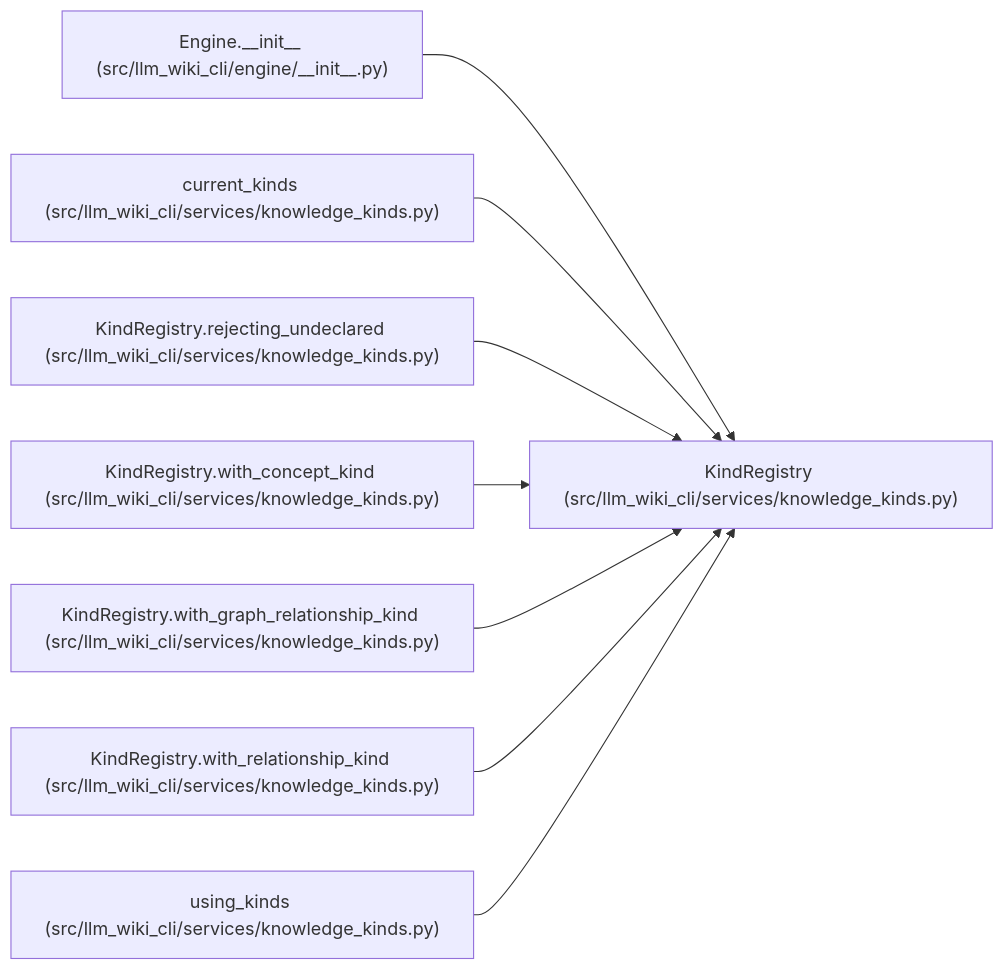
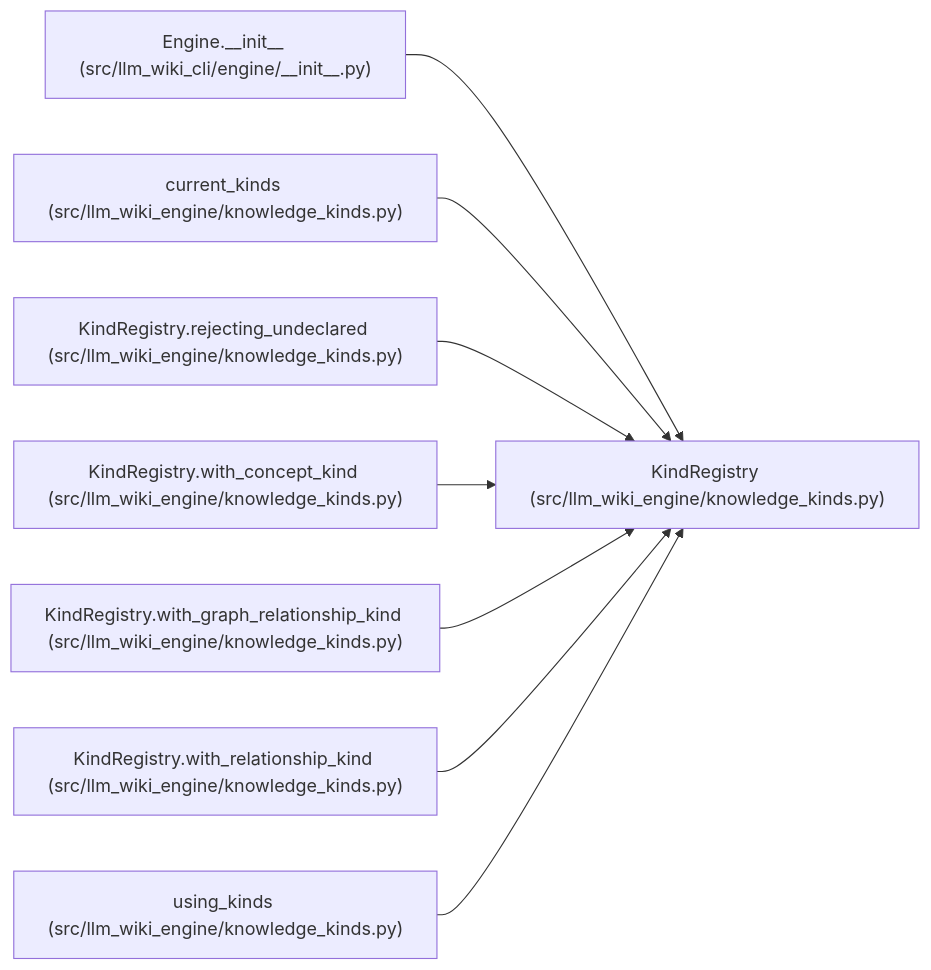
The diagram in docs/llm_wiki/entities/KindRegistry.md (Denissvgn/python-wiki-llm), drawn with Mermaid before and after one commit. The commit also changed other lines of this file and 1058 other files, not shown here.

First line of the commit message:
docs: refresh the wiki for the knowledge store move

````diff
--- a/docs/llm_wiki/entities/KindRegistry.md
+++ b/docs/llm_wiki/entities/KindRegistry.md
@@ -42,26 +42,26 @@
 ```mermaid
 flowchart LR
-    n0["KindRegistry (src/llm_wiki_cli/services/knowledge_kinds.py)"]
+    n0["KindRegistry (src/llm_wiki_engine/knowledge_kinds.py)"]
     n1["Engine.__init__ (src/llm_wiki_cli/engine/__init__.py)"]
-    n2["current_kinds (src/llm_wiki_cli/services/knowledge_kinds.py)"]
-    n3["KindRegistry.rejecting_undeclared (src/llm_wiki_cli/services/knowledge_kinds.py)"]
-    n4["KindRegistry.with_concept_kind (src/llm_wiki_cli/services/knowledge_kinds.py)"]
-    n5["KindRegistry.with_graph_relationship_kind (src/llm_wiki_cli/services/knowledge_kinds.py)"]
-    n6["KindRegistry.with_relationship_kind (src/llm_wiki_cli/services/knowledge_kinds.py)"]
-    n7["using_kinds (src/llm_wiki_cli/services/knowledge_kinds.py)"]
+    n2["current_kinds (src/llm_wiki_engine/knowledge_kinds.py)"]
+    n3["KindRegistry.rejecting_undeclared (src/llm_wiki_engine/knowledge_kinds.py)"]
+    n4["KindRegistry.with_concept_kind (src/llm_wiki_engine/knowledge_kinds.py)"]
+    n5["KindRegistry.with_graph_relationship_kind (src/llm_wiki_engine/knowledge_kinds.py)"]
+    n6["KindRegistry.with_relationship_kind (src/llm_wiki_engine/knowledge_kinds.py)"]
+    n7["using_kinds (src/llm_wiki_engine/knowledge_kinds.py)"]
     n1 --> n0
     n2 --> n0
     n3 --> n0
     n4 --> n0
     n5 --> n0
     n6 --> n0
     n7 --> n0
     click n0 "../modules/knowledge_kinds.md"
     click n1 "../modules/engine___init__.md"
     click n2 "../modules/knowledge_kinds.md"
     click n3 "../modules/knowledge_kinds.md"
     click n4 "../modules/knowledge_kinds.md"
     click n5 "../modules/knowledge_kinds.md"
     click n6 "../modules/knowledge_kinds.md"
     click n7 "../modules/knowledge_kinds.md"
 ```
````
